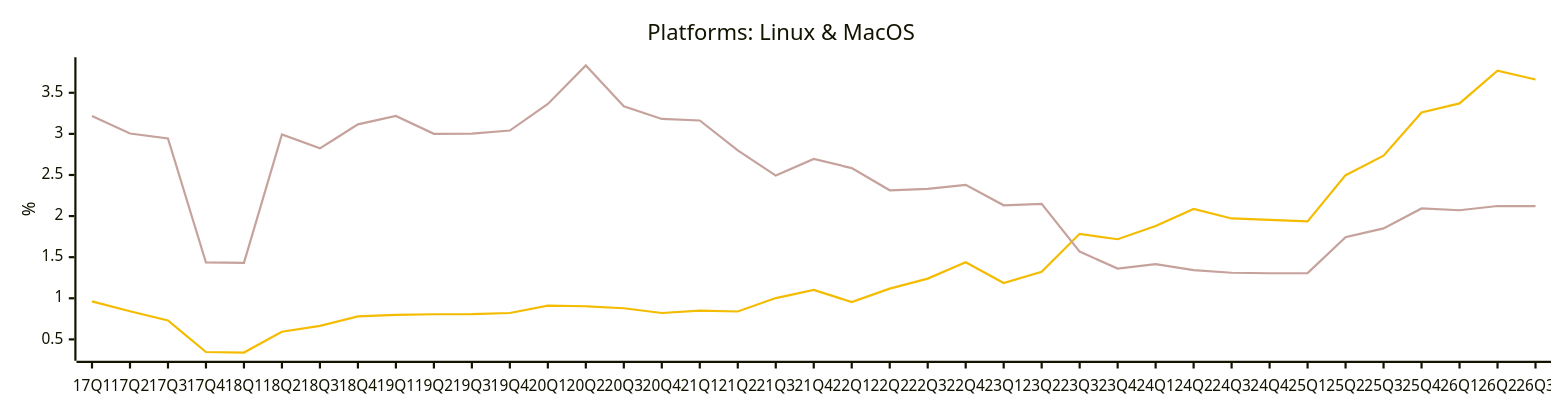
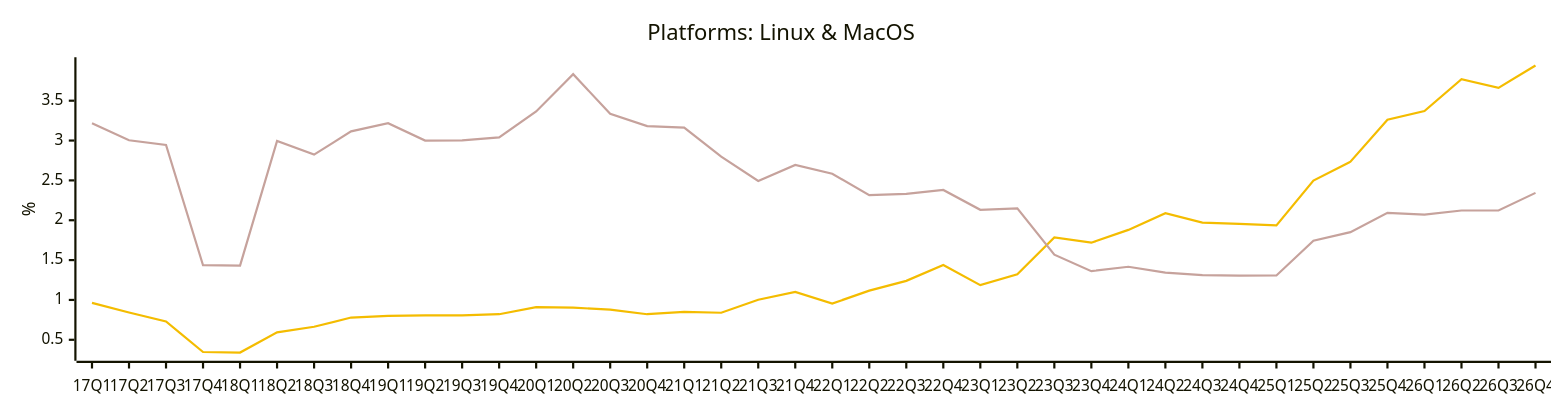
Diagram 14 of 31 in README.md (jdegene/steamHWsurvey), drawn with Mermaid before and after one commit. The commit also changed other lines of this file and 2 other files, not shown here.

````diff
--- a/README.md
+++ b/README.md
@@ -476,20 +476,20 @@
 ```mermaid
 ---
 config:
     xyChart:
         width: 1400
         height: 350
         
     themeVariables:
         xyChart:
             plotColorPalette: "#F4BC00,#c6a29c"
 
 --- 
 
 xychart-beta
     title "Platforms: Linux & MacOS"
-    x-axis [17Q1, 17Q2, 17Q3, 17Q4, 18Q1, 18Q2, 18Q3, 18Q4, 19Q1, 19Q2, 19Q3, 19Q4, 20Q1, 20Q2, 20Q3, 20Q4, 21Q1, 21Q2, 21Q3, 21Q4, 22Q1, 22Q2, 22Q3, 22Q4, 23Q1, 23Q2, 23Q3, 23Q4, 24Q1, 24Q2, 24Q3, 24Q4, 25Q1, 25Q2, 25Q3, 25Q4, 26Q1, 26Q2, 26Q3]
+    x-axis [17Q1, 17Q2, 17Q3, 17Q4, 18Q1, 18Q2, 18Q3, 18Q4, 19Q1, 19Q2, 19Q3, 19Q4, 20Q1, 20Q2, 20Q3, 20Q4, 21Q1, 21Q2, 21Q3, 21Q4, 22Q1, 22Q2, 22Q3, 22Q4, 23Q1, 23Q2, 23Q3, 23Q4, 24Q1, 24Q2, 24Q3, 24Q4, 25Q1, 25Q2, 25Q3, 25Q4, 26Q1, 26Q2, 26Q3, 26Q4]
     y-axis "%" 
-    line [0.9629629629629629, 0.8423321167084589, 0.7295250063832225, 0.34668011817717975, 0.3398441306938039, 0.593525424245181, 0.6635581054241466, 0.7792481571540832, 0.7990978622832221, 0.8058119058824723, 0.8067585706598311, 0.8207457332870973, 0.9099957124504154, 0.9030286917823623, 0.8788043122276098, 0.8207647312985304, 0.849437247823317, 0.8395141763634049, 1.0026071423190688, 1.101331564818539, 0.9541877779899417, 1.1169806037716354, 1.239522611427655, 1.4385604115105164, 1.1853985164006193, 1.322420043350276, 1.7838913196090922, 1.7184094503474305, 1.8789606726989223, 2.0875864781679585, 1.9709605011684648, 1.9549152742872884, 1.9352274566892893, 2.497657992915939, 2.734377001977596, 3.2605972734749162, 3.3708209433303082, 3.7688624134739492, 3.6612635183721425]
-    line [3.216630196936542, 3.004129474095911, 2.9447565259599298, 1.435682107395198, 1.430910150994627, 2.9938298498795453, 2.823870594502083, 3.1158821949711433, 3.217267240929559, 3.0001411831144997, 3.002216244907254, 3.040510286507167, 3.364364205649554, 3.832442067736185, 3.3352458205559405, 3.181915313214408, 3.1630112200550875, 2.7983351630961177, 2.49275301274799, 2.6943252265140676, 2.583985782083982, 2.313946216385241, 2.331434627102927, 2.379708991408111, 2.1308509808416556, 2.1483948101606822, 1.5676751098470096, 1.361030106909568, 1.4162036189390939, 1.3421722666974256, 1.3103909436762908, 1.3046685143432795, 1.30661898329446, 1.7428606096422532, 1.850120918737636, 2.0933264346933806, 2.071167671088301, 2.1225200253629866, 2.122068379217286]
+    line [0.9629629629629629, 0.8423321167084589, 0.7295250063832225, 0.34668011817717975, 0.3398441306938039, 0.593525424245181, 0.6635581054241466, 0.7792481571540832, 0.7990978622832221, 0.8058119058824723, 0.8067585706598311, 0.8207457332870973, 0.9099957124504154, 0.9030286917823623, 0.8788043122276098, 0.8207647312985304, 0.849437247823317, 0.8395141763634049, 1.0026071423190688, 1.101331564818539, 0.9541877779899417, 1.1169806037716354, 1.239522611427655, 1.4385604115105164, 1.1853985164006193, 1.322420043350276, 1.7838913196090922, 1.7184094503474305, 1.8789606726989219, 2.0875864781679585, 1.9709605011684648, 1.9549152742872884, 1.9352274566892893, 2.4976579929159386, 2.734377001977596, 3.2605972734749162, 3.3708209433303082, 3.7688624134739492, 3.6612635183721425, 3.9422738472368777]
+    line [3.216630196936542, 3.004129474095911, 2.9447565259599298, 1.435682107395198, 1.430910150994627, 2.9938298498795453, 2.823870594502083, 3.1158821949711433, 3.217267240929559, 3.0001411831144997, 3.002216244907254, 3.040510286507167, 3.364364205649554, 3.832442067736185, 3.3352458205559405, 3.181915313214408, 3.1630112200550875, 2.7983351630961177, 2.49275301274799, 2.6943252265140676, 2.583985782083982, 2.313946216385241, 2.331434627102927, 2.379708991408111, 2.1308509808416556, 2.1483948101606822, 1.5676751098470096, 1.361030106909568, 1.4162036189390939, 1.3421722666974256, 1.3103909436762908, 1.3046685143432795, 1.30661898329446, 1.7428606096422532, 1.850120918737636, 2.0933264346933806, 2.071167671088301, 2.122520025362987, 2.122068379217286, 2.3433979269941263]
 ``` 
````
